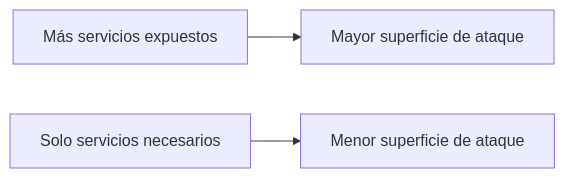
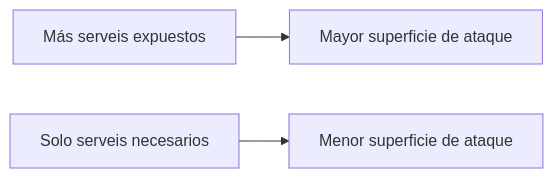
Before and after one commit to jordicido/jordicina: the fifth of 6 diagrams in docs/daw-daw/up3/04-seguridad-servidor-aplicaciones.md, drawn with Mermaid. The commit also changed other lines of this file and 10 other files, not shown here.

````diff
--- a/docs/daw-daw/up3/04-seguridad-servidor-aplicaciones.md
+++ b/docs/daw-daw/up3/04-seguridad-servidor-aplicaciones.md
@@ -431,5 +431,5 @@
 ```mermaid
 flowchart LR
-    A["Más servicios expuestos"] --> B["Mayor superficie de ataque"]
-    C["Solo servicios necesarios"] --> D["Menor superficie de ataque"]
+    A["Más serveis expuestos"] --> B["Mayor superficie de ataque"]
+    C["Solo serveis necesarios"] --> D["Menor superficie de ataque"]
 ```
````
